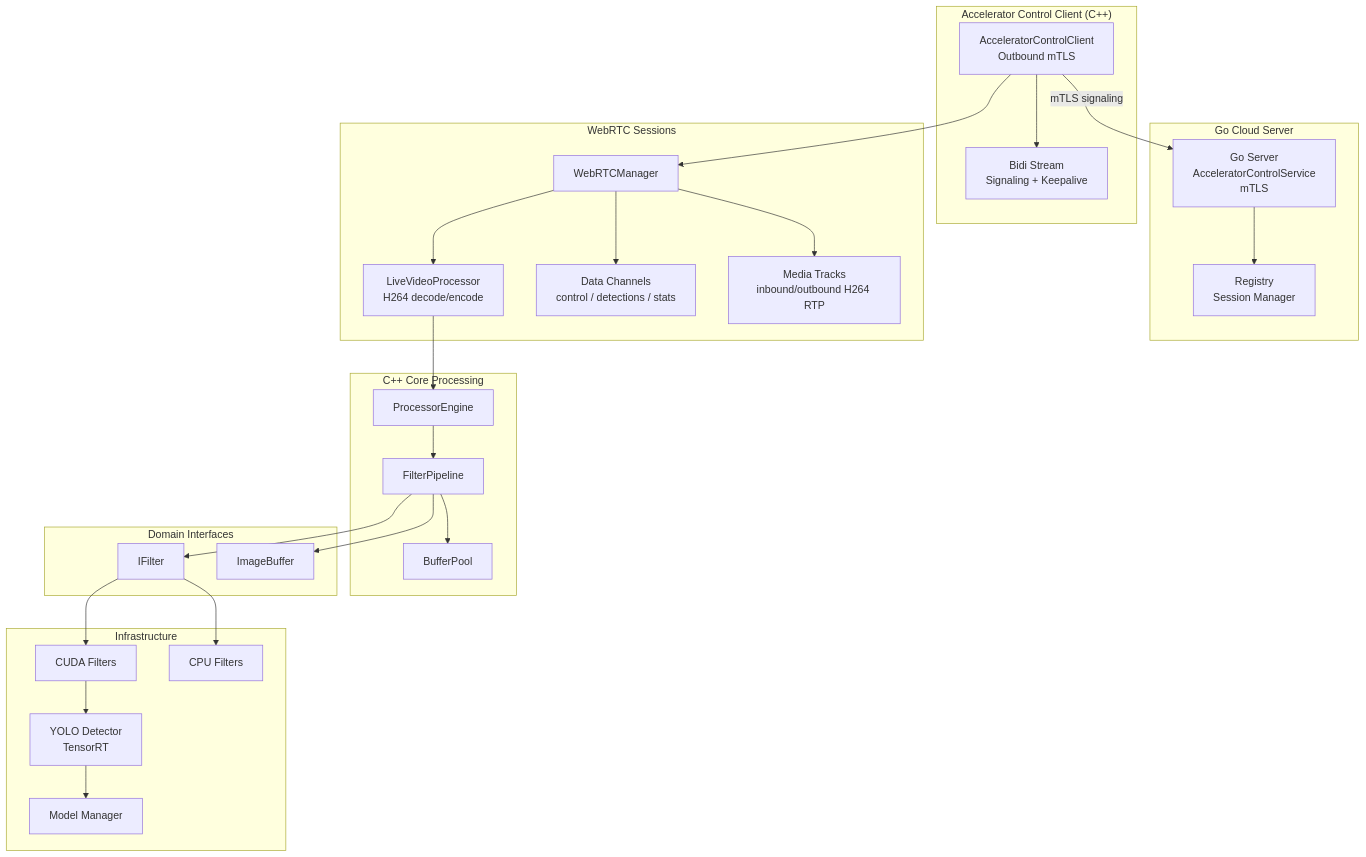
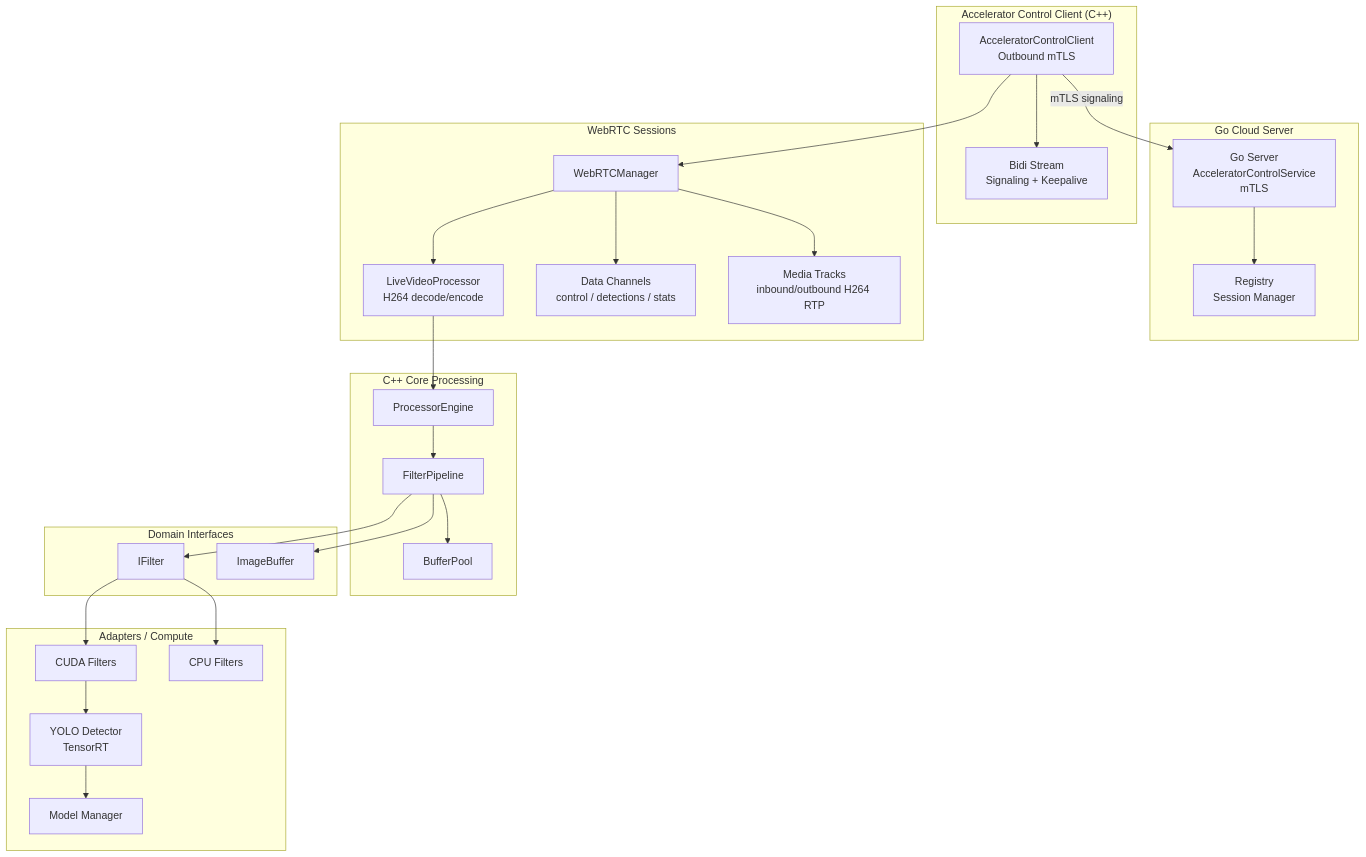
Before and after one commit to josnelihurt/learning-cuda: the first of 6 diagrams in src/cpp_accelerator/README.md, drawn with Mermaid. The commit also changed other lines of this file, not shown here.

````diff
--- a/src/cpp_accelerator/README.md
+++ b/src/cpp_accelerator/README.md
@@ -31,57 +29,57 @@
 ```mermaid
 graph TB
     subgraph "Go Cloud Server"
         GoServer[Go Server<br/>AcceleratorControlService<br/>mTLS]
         Registry[Registry<br/>Session Manager]
     end
 
     subgraph "Accelerator Control Client (C++)"
         AccelClient[AcceleratorControlClient<br/>Outbound mTLS]
         BidiStream[Bidi Stream<br/>Signaling + Keepalive]
     end
 
     subgraph "WebRTC Sessions"
         WebRTCMgr[WebRTCManager]
         LiveVP[LiveVideoProcessor<br/>H264 decode/encode]
         DataChannels[Data Channels<br/>control / detections / stats]
         MediaTracks[Media Tracks<br/>inbound/outbound H264 RTP]
     end
 
     subgraph "C++ Core Processing"
         ProcessorEngine[ProcessorEngine]
         FilterPipeline[FilterPipeline]
         BufferPool[BufferPool]
     end
 
     subgraph "Domain Interfaces"
         IFilter[IFilter]
         ImageBuffer[ImageBuffer]
     end
 
-    subgraph "Infrastructure"
+    subgraph "Adapters / Compute"
         CudaFilters[CUDA Filters]
         CpuFilters[CPU Filters]
         YOLODetector[YOLO Detector<br/>TensorRT]
         ModelManager[Model Manager]
     end
 
     GoServer --> Registry
 
     AccelClient -->|mTLS signaling| GoServer
     AccelClient --> BidiStream
     AccelClient --> WebRTCMgr
 
     WebRTCMgr --> LiveVP
     WebRTCMgr --> DataChannels
     WebRTCMgr --> MediaTracks
     LiveVP --> ProcessorEngine
 
     ProcessorEngine --> FilterPipeline
     FilterPipeline --> BufferPool
     FilterPipeline --> IFilter
     IFilter --> CudaFilters
     IFilter --> CpuFilters
     CudaFilters --> YOLODetector
     YOLODetector --> ModelManager
     FilterPipeline --> ImageBuffer
 ```
````
